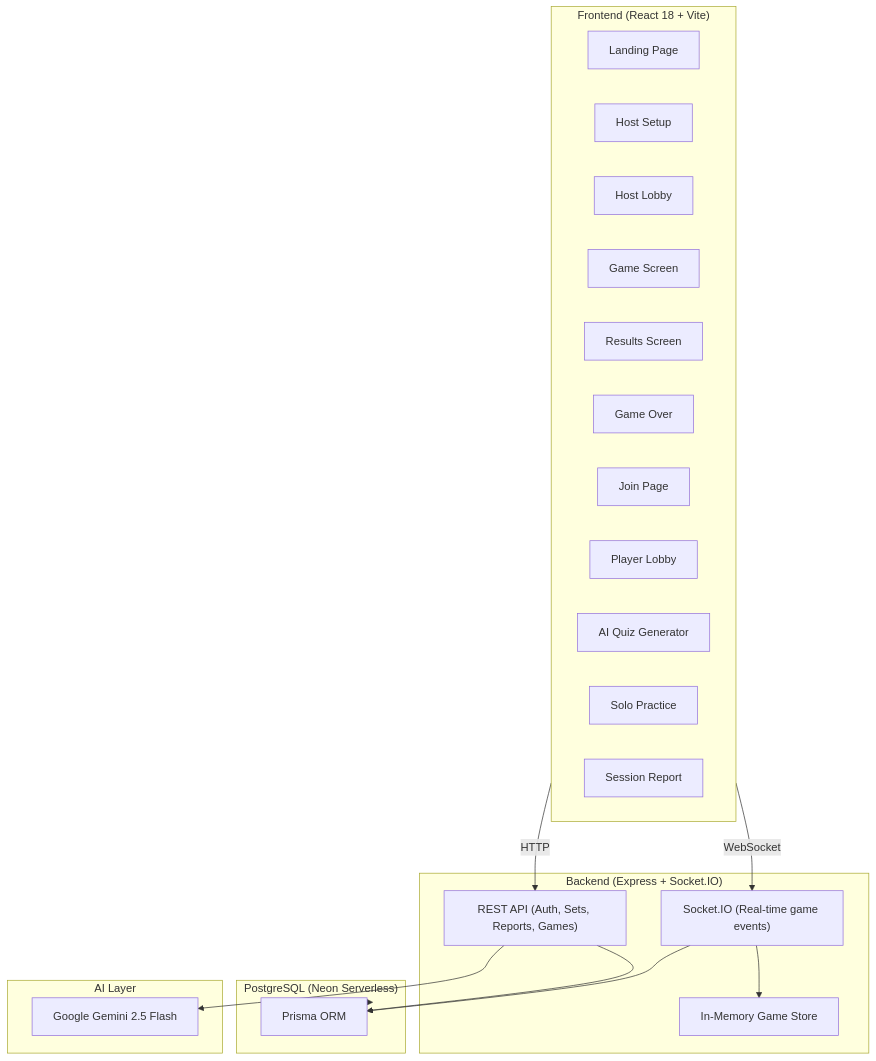
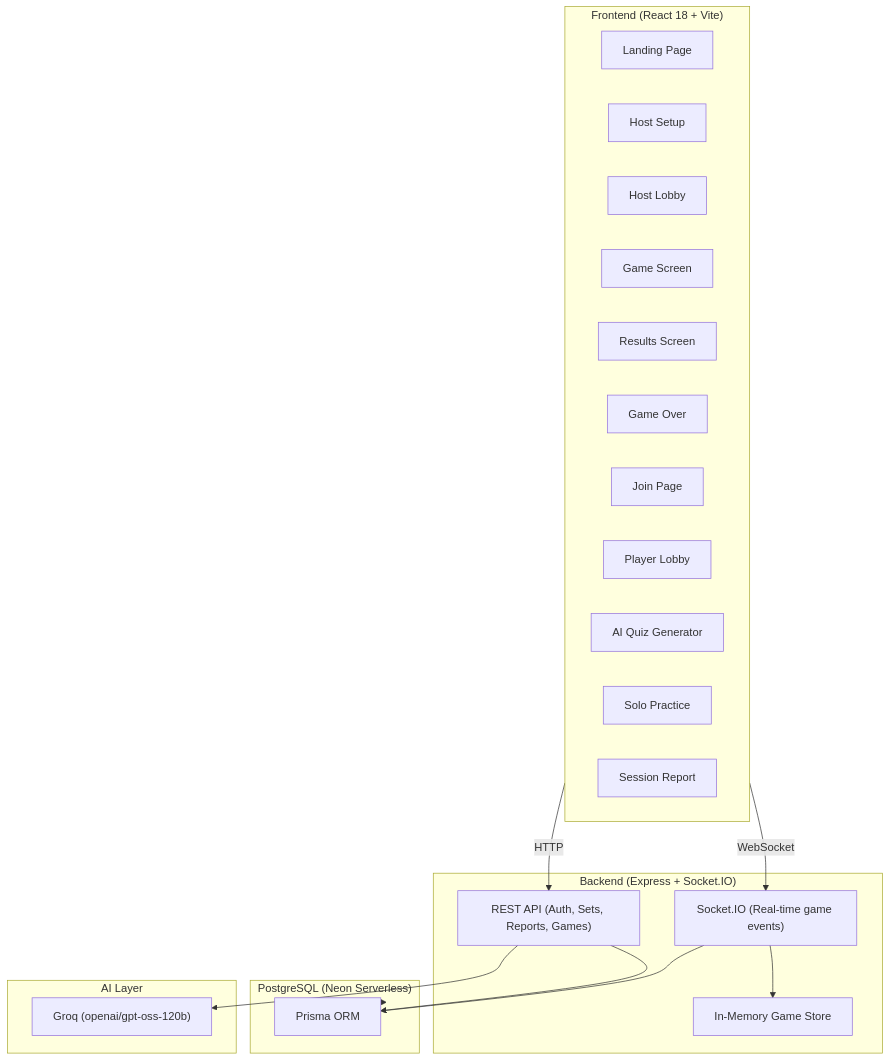
One commit to Odd-Shoes-Dev/BibleBanter changed the first of 2 diagrams in project_analysis.md. Above: the diagram before and after it, drawn with Mermaid. The commit also changed other lines of this file and 11 other files, not shown here.

First line of the commit message:
feat: swap Gemini AI provider for Groq

````diff
--- a/project_analysis.md
+++ b/project_analysis.md
@@ -9,37 +9,37 @@
 ```mermaid
 graph TB
     subgraph Frontend["Frontend (React 18 + Vite)"]
         LP[Landing Page]
         HS[Host Setup]
         HL[Host Lobby]
         GS[Game Screen]
         RS[Results Screen]
         GO[Game Over]
         JP[Join Page]
         PL[Player Lobby]
         AI[AI Quiz Generator]
         SP[Solo Practice]
         SR[Session Report]
     end
 
     subgraph Backend["Backend (Express + Socket.IO)"]
         REST["REST API (Auth, Sets, Reports, Games)"]
         WS["Socket.IO (Real-time game events)"]
         MEM["In-Memory Game Store"]
     end
 
     subgraph DB["PostgreSQL (Neon Serverless)"]
         Prisma["Prisma ORM"]
     end
 
     subgraph AI_Service["AI Layer"]
-        Gemini["Google Gemini 2.5 Flash"]
+        Gemini["Groq (openai/gpt-oss-120b)"]
     end
 
     Frontend -- HTTP --> REST
     Frontend -- WebSocket --> WS
     REST --> Prisma --> DB
     WS --> MEM
     WS --> Prisma
     REST --> Gemini
 ```
````
